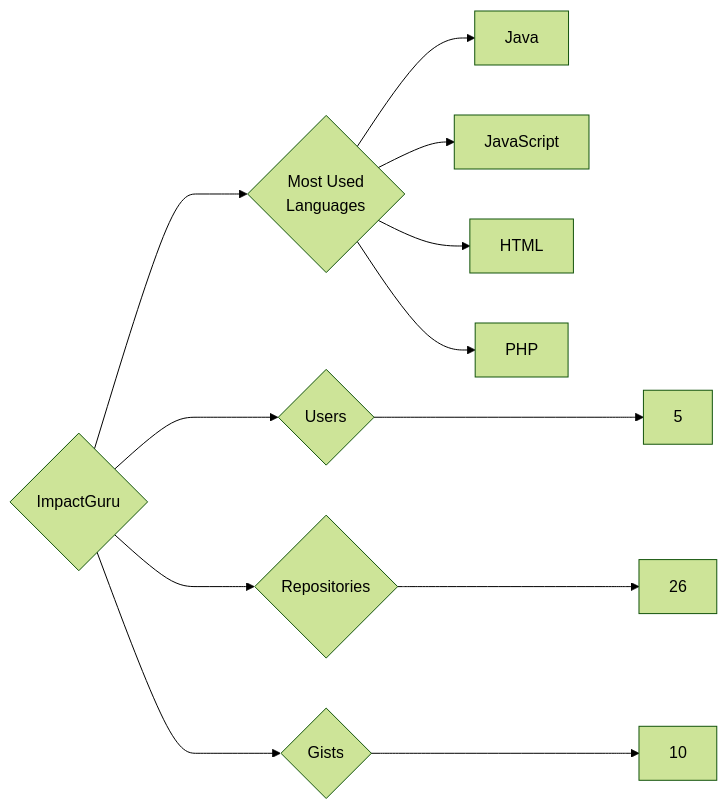
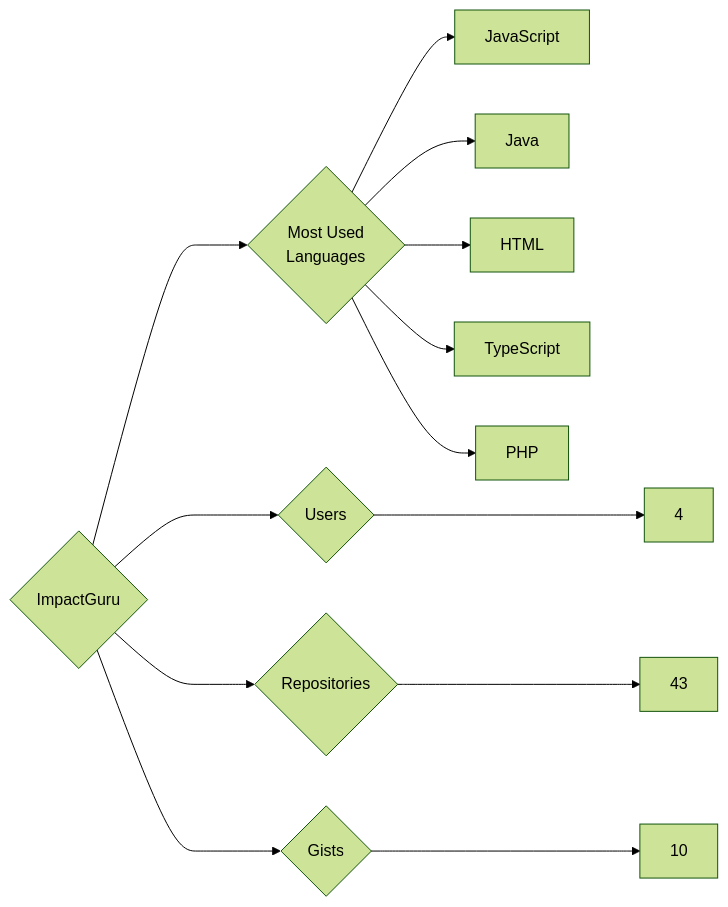
The diagram in targets/ImpactGuru/README.md (trickest/insiders), drawn with Mermaid (forest theme) before and after one commit. The commit also changed 776 other files, not shown here.

````diff
--- a/targets/ImpactGuru/README.md
+++ b/targets/ImpactGuru/README.md
@@ -3,12 +3,13 @@
 ```mermaid
 graph LR
 COMPANY_NAME{ImpactGuru}
-COMPANY_NAME ---> U{Users} ---> UN[5]
-COMPANY_NAME ---> R{Repositories} ---> RN[26]
+COMPANY_NAME ---> U{Users} ---> UN[4]
+COMPANY_NAME ---> R{Repositories} ---> RN[43]
 COMPANY_NAME ---> G{Gists} ---> GN[10]
 COMPANY_NAME ---> ML{Most Used<br>Languages}
+ML --> JavaScript[JavaScript]
 ML --> Java[Java]
-ML --> JavaScript[JavaScript]
 ML --> HTML[HTML]
+ML --> TypeScript[TypeScript]
 ML --> PHP[PHP]
 ```
````
